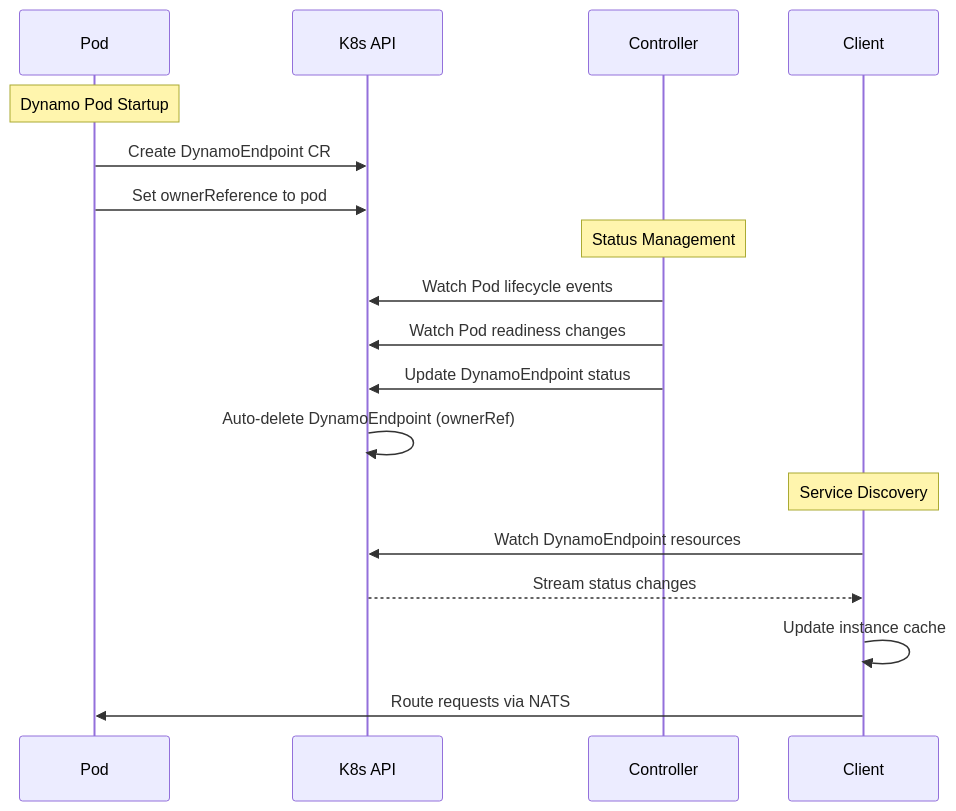
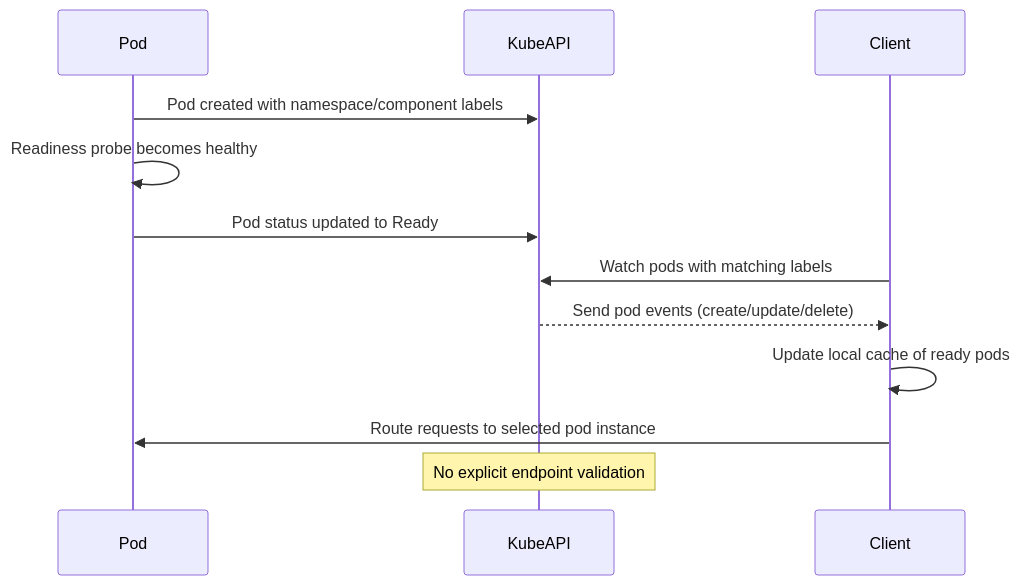
Before and after one commit to ai-dynamo/enhancements: the second of 3 diagrams in deps/etcd-k8s.md, drawn with Mermaid. The commit also changed other lines of this file, not shown here.

````diff
--- a/deps/etcd-k8s.md
+++ b/deps/etcd-k8s.md
@@ -216,23 +119,17 @@
 ```mermaid
 sequenceDiagram
     participant Pod
-    participant K8s API
-    participant Controller
+    participant KubeAPI
     participant Client
 
-    Note over Pod: Dynamo Pod Startup
-    Pod->>K8s API: Create DynamoEndpoint CR
-    Pod->>K8s API: Set ownerReference to pod
+    Pod->>KubeAPI: Pod created with namespace/component labels
+    Pod->>Pod: Readiness probe becomes healthy
+    Pod->>KubeAPI: Pod status updated to Ready
 
-    Note over Controller: Status Management
-    Controller->>K8s API: Watch Pod lifecycle events
-    Controller->>K8s API: Watch Pod readiness changes
-    Controller->>K8s API: Update DynamoEndpoint status
-    K8s API->>K8s API: Auto-delete DynamoEndpoint (ownerRef)
+    Client->>KubeAPI: Watch pods with matching labels
+    KubeAPI-->>Client: Send pod events (create/update/delete)
+    Client->>Client: Update local cache of ready pods
+    Client->>Pod: Route requests to selected pod instance
 
-    Note over Client: Service Discovery
-    Client->>K8s API: Watch DynamoEndpoint resources
-    K8s API-->>Client: Stream status changes
-    Client->>Client: Update instance cache
-    Client->>Pod: Route requests via NATS
+    Note over KubeAPI: No explicit endpoint validation
 ```
````
